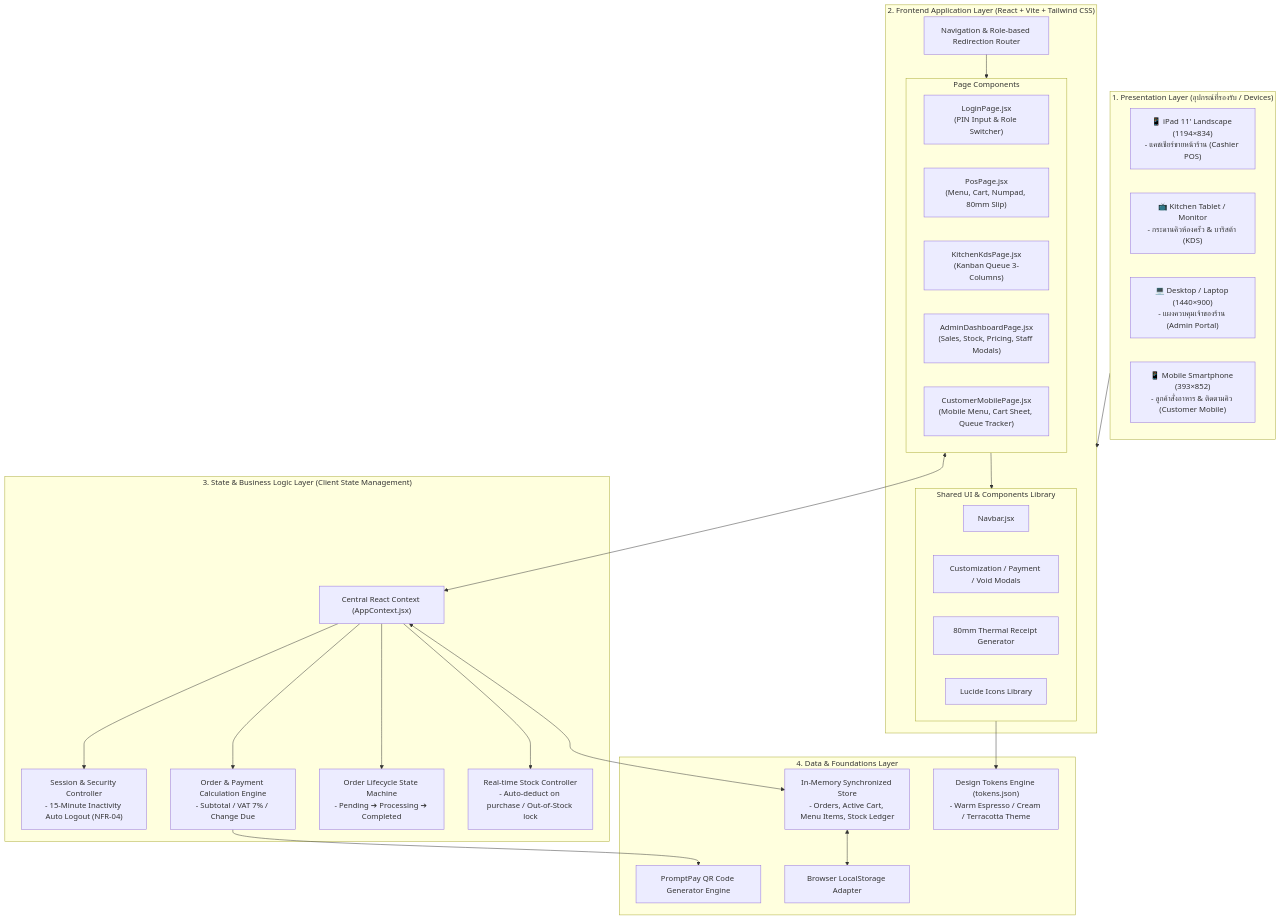
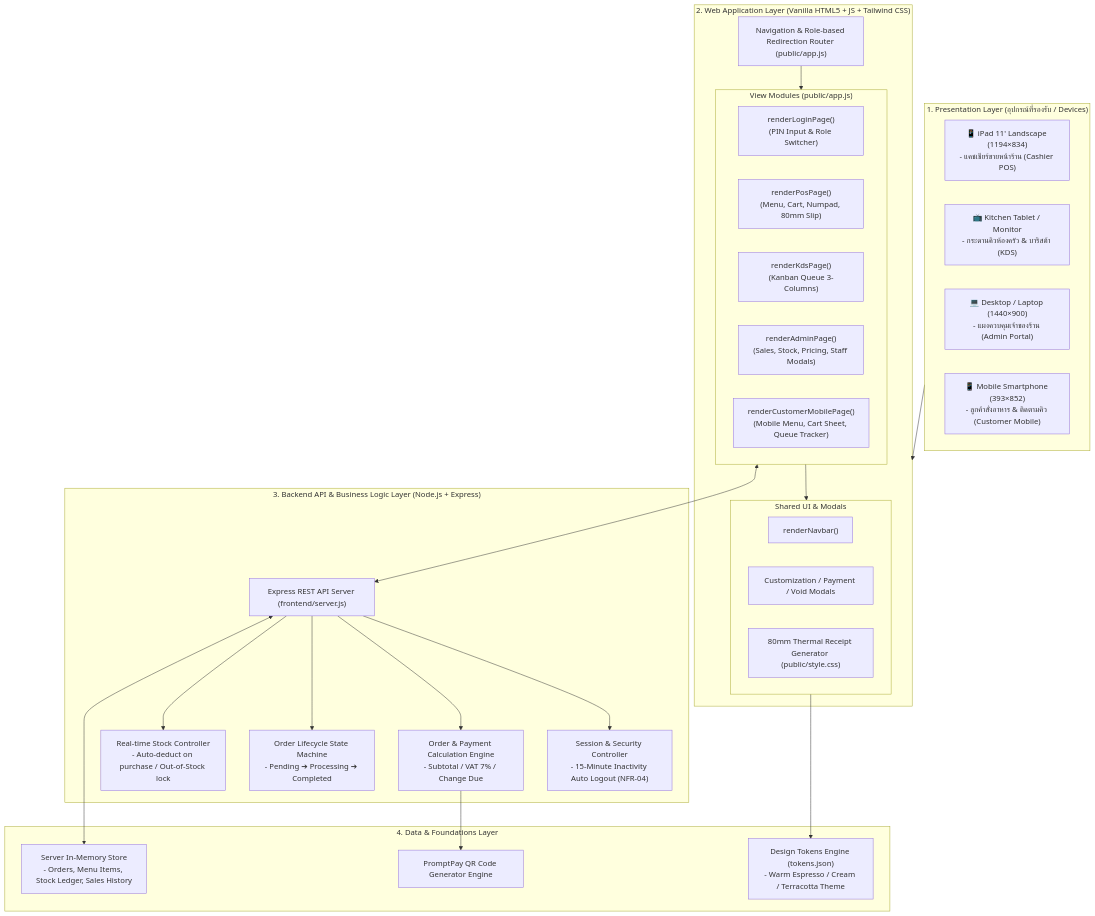
The second of 2 diagrams in README.md (AkashiZai/jamal), drawn with Mermaid before and after one commit. The commit also changed other lines of this file, not shown here.

Commit message:
docs(readme): [นาย พิสิษฐ์ เสนีวงศ์ ณ อยุธยา @AkashiZai] อัปเดตแผนภาพสถาปัตยกรรมและลิงก์ไฟล์ให้เป็น Node.js + Express

````diff
--- a/README.md
+++ b/README.md
@@ -322,61 +322,58 @@
 ```mermaid
 flowchart TD
     %% Presentation Layer
     subgraph PresentationLayer ["1. Presentation Layer (อุปกรณ์ที่รองรับ / Devices)"]
         Dev_iPad["📱 iPad 11' Landscape (1194×834)<br/>- แคชเชียร์ขายหน้าร้าน (Cashier POS)"]
         Dev_KDS["📺 Kitchen Tablet / Monitor<br/>- กระดานคิวห้องครัว & บาริสต้า (KDS)"]
         Dev_Admin["💻 Desktop / Laptop (1440×900)<br/>- แผงควบคุมเจ้าของร้าน (Admin Portal)"]
         Dev_Mobile["📱 Mobile Smartphone (393×852)<br/>- ลูกค้าสั่งอาหาร & ติดตามคิว (Customer Mobile)"]
     end
 
     %% Frontend Application Layer
-    subgraph FrontendAppLayer ["2. Frontend Application Layer (React + Vite + Tailwind CSS)"]
-        RouterNav["Navigation & Role-based Redirection Router"]
+    subgraph FrontendAppLayer ["2. Web Application Layer (Vanilla HTML5 + JS + Tailwind CSS)"]
+        RouterNav["Navigation & Role-based Redirection Router (public/app.js)"]
         
-        subgraph PageModules ["Page Components"]
-            P_Login["LoginPage.jsx<br/>(PIN Input & Role Switcher)"]
-            P_POS["PosPage.jsx<br/>(Menu, Cart, Numpad, 80mm Slip)"]
-            P_KDS["KitchenKdsPage.jsx<br/>(Kanban Queue 3-Columns)"]
-            P_Admin["AdminDashboardPage.jsx<br/>(Sales, Stock, Pricing, Staff Modals)"]
-            P_Mobile["CustomerMobilePage.jsx<br/>(Mobile Menu, Cart Sheet, Queue Tracker)"]
+        subgraph PageModules ["View Modules (public/app.js)"]
+            P_Login["renderLoginPage()<br/>(PIN Input & Role Switcher)"]
+            P_POS["renderPosPage()<br/>(Menu, Cart, Numpad, 80mm Slip)"]
+            P_KDS["renderKdsPage()<br/>(Kanban Queue 3-Columns)"]
+            P_Admin["renderAdminPage()<br/>(Sales, Stock, Pricing, Staff Modals)"]
+            P_Mobile["renderCustomerMobilePage()<br/>(Mobile Menu, Cart Sheet, Queue Tracker)"]
         end
 
-        subgraph SharedUI ["Shared UI & Components Library"]
-            UI_Navbar["Navbar.jsx"]
+        subgraph SharedUI ["Shared UI & Modals"]
+            UI_Navbar["renderNavbar()"]
             UI_Modals["Customization / Payment / Void Modals"]
-            UI_Slip["80mm Thermal Receipt Generator"]
-            UI_Icons["Lucide Icons Library"]
+            UI_Slip["80mm Thermal Receipt Generator (public/style.css)"]
         end
     end
 
-    %% State & Business Logic Layer
-    subgraph LogicLayer ["3. State & Business Logic Layer (Client State Management)"]
-        AppContext["Central React Context (AppContext.jsx)"]
+    %% Backend & Business Logic Layer
+    subgraph LogicLayer ["3. Backend API & Business Logic Layer (Node.js + Express)"]
+        AppContext["Express REST API Server (frontend/server.js)"]
         SessionSecurity["Session & Security Controller<br/>- 15-Minute Inactivity Auto Logout (NFR-04)"]
         CalculationEngine["Order & Payment Calculation Engine<br/>- Subtotal / VAT 7% / Change Due"]
         QueueStateMachine["Order Lifecycle State Machine<br/>- Pending ➔ Processing ➔ Completed"]
         InventoryController["Real-time Stock Controller<br/>- Auto-deduct on purchase / Out-of-Stock lock"]
     end
 
     %% Data & Foundation Layer
     subgraph DataLayer ["4. Data & Foundations Layer"]
-        MockStore["In-Memory Synchronized Store<br/>- Orders, Active Cart, Menu Items, Stock Ledger"]
+        MockStore["Server In-Memory Store<br/>- Orders, Menu Items, Stock Ledger, Sales History"]
         DesignTokens["Design Tokens Engine (tokens.json)<br/>- Warm Espresso / Cream / Terracotta Theme"]
         PromptPayEngine["PromptPay QR Code Generator Engine"]
-        StorageAdapter["Browser LocalStorage Adapter"]
     end
 
     %% Connections
     PresentationLayer --> FrontendAppLayer
     RouterNav --> PageModules
     PageModules --> SharedUI
     PageModules <--> AppContext
     AppContext --> SessionSecurity
     AppContext --> CalculationEngine
     AppContext --> QueueStateMachine
     AppContext --> InventoryController
     AppContext <--> MockStore
     SharedUI --> DesignTokens
     CalculationEngine --> PromptPayEngine
-    MockStore <--> StorageAdapter
 ```
````
